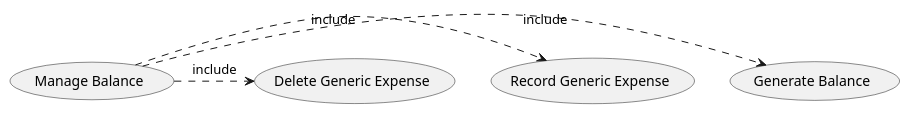
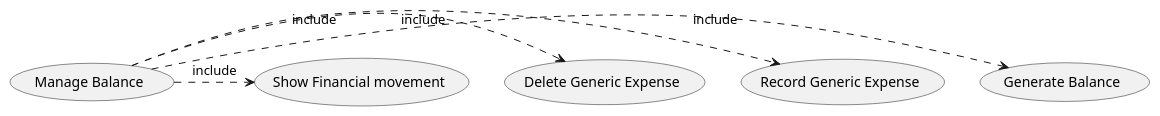
The sixth of 8 diagrams in Deliverables/RequirementsDocument.md (paolotron/EzshoProject31), drawn with PlantUML before and after one commit. The commit also changed other lines of this file, not shown here.

Commit message:
Corrected Use cases diagrams

````diff
--- a/Deliverables/RequirementsDocument.md
+++ b/Deliverables/RequirementsDocument.md
@@ -257,7 +252,8 @@
 ```plantuml
 @startuml
 (Manage Balance) .> (Generate Balance) : include
 (Manage Balance) .> (Record Generic Expense) : include
 (Manage Balance) .> (Delete Generic Expense) : include
+(Manage Balance) .> (Show Financial movement) : include
 @enduml
 ```
````
